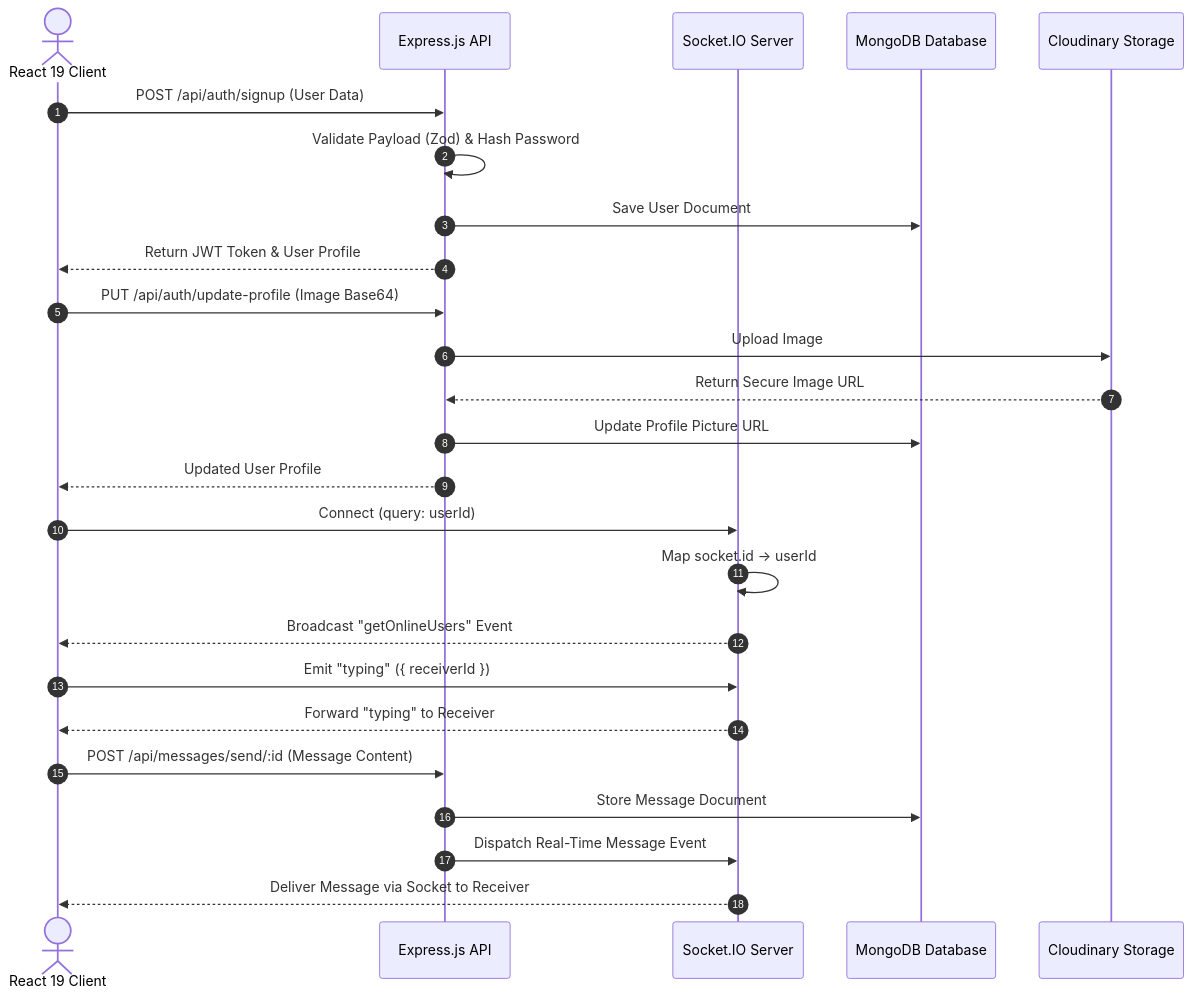
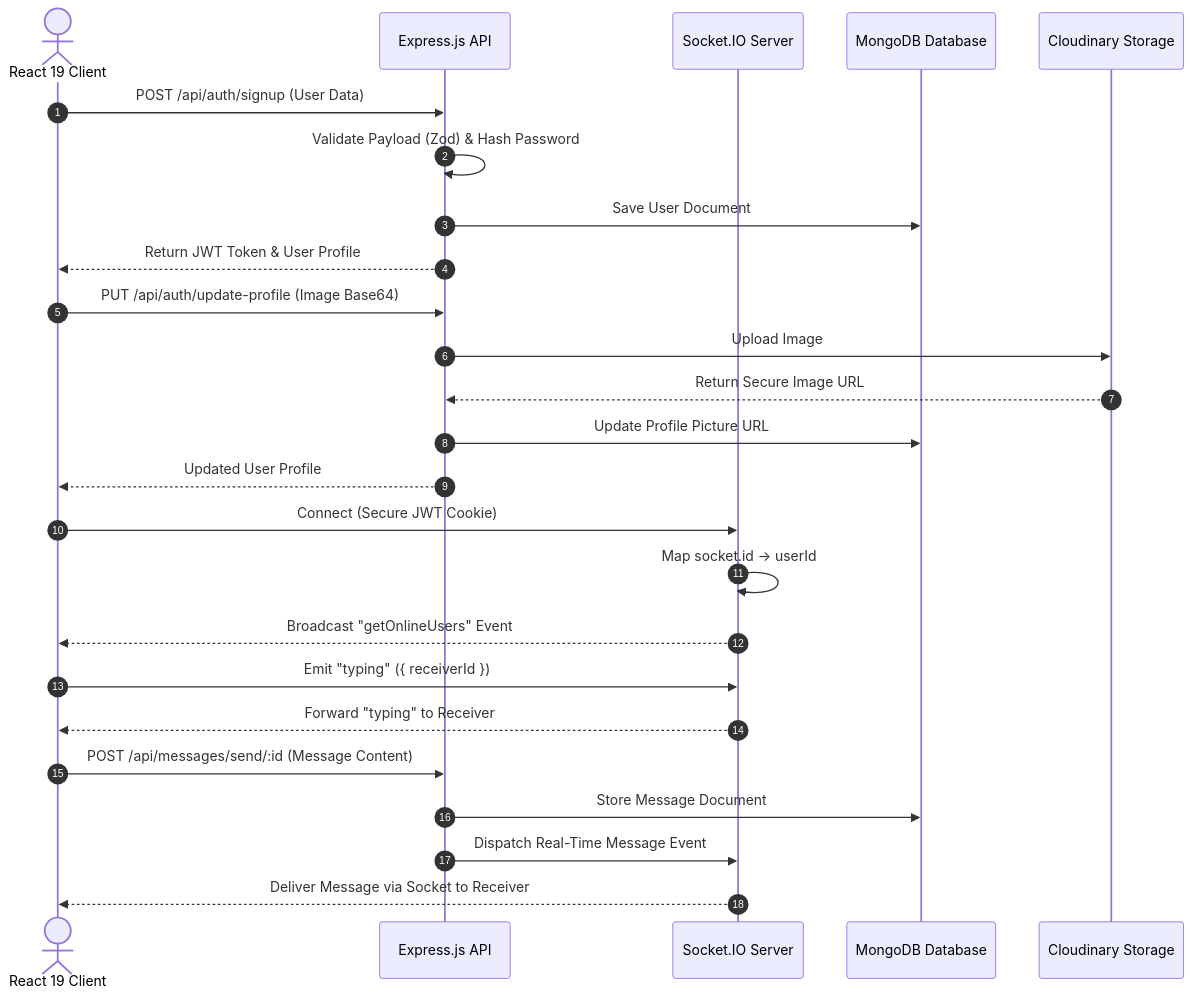
The diagram in README.md (HxWildE/ChatApp), drawn with Mermaid before and after one commit. The commit also changed other lines of this file and 3 other files, not shown here.

````diff
--- a/README.md
+++ b/README.md
@@ -85,35 +85,35 @@
 ```mermaid
 sequenceDiagram
     autonumber
     actor Client as React 19 Client
     participant Express as Express.js API
     participant Socket as Socket.IO Server
     participant DB as MongoDB Database
     participant Cloud as Cloudinary Storage
 
     %% Authentication Flow
     Client->>Express: POST /api/auth/signup (User Data)
     Express->>Express: Validate Payload (Zod) & Hash Password
     Express->>DB: Save User Document
     Express-->>Client: Return JWT Token & User Profile
 
     %% Media Upload Flow
     Client->>Express: PUT /api/auth/update-profile (Image Base64)
     Express->>Cloud: Upload Image
     Cloud-->>Express: Return Secure Image URL
     Express->>DB: Update Profile Picture URL
     Express-->>Client: Updated User Profile
 
     %% Real-time Socket Communication
-    Client->>Socket: Connect (query: userId)
+    Client->>Socket: Connect (Secure JWT Cookie)
     Socket->>Socket: Map socket.id -> userId
     Socket-->>Client: Broadcast "getOnlineUsers" Event
 
     Client->>Socket: Emit "typing" ({ receiverId })
     Socket-->>Client: Forward "typing" to Receiver
 
     Client->>Express: POST /api/messages/send/:id (Message Content)
     Express->>DB: Store Message Document
     Express->>Socket: Dispatch Real-Time Message Event
     Socket-->>Client: Deliver Message via Socket to Receiver
 ```
````
